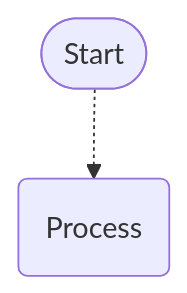
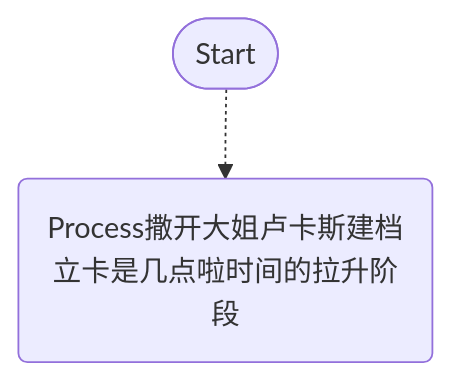
The diagram in mmd/qwewe_c67d29b2-1ede-441e-9024-359aebe3bb9a.mmd (pingpm/mermaid_vault), drawn with Mermaid before and after one commit. The commit also changed 2 other files, not shown here.

Commit message:
Sync Mermaid Studio data (6 diagrams)

```diff
--- a/mmd/qwewe_c67d29b2-1ede-441e-9024-359aebe3bb9a.mmd
+++ b/mmd/qwewe_c67d29b2-1ede-441e-9024-359aebe3bb9a.mmd
@@ -1,4 +1,4 @@
 graph TD
   start(["Start"])
-  1("Process")
+  1("Process撒开大姐卢卡斯建档立卡是几点啦时间的拉升阶段")
   start -.-> 1
```
